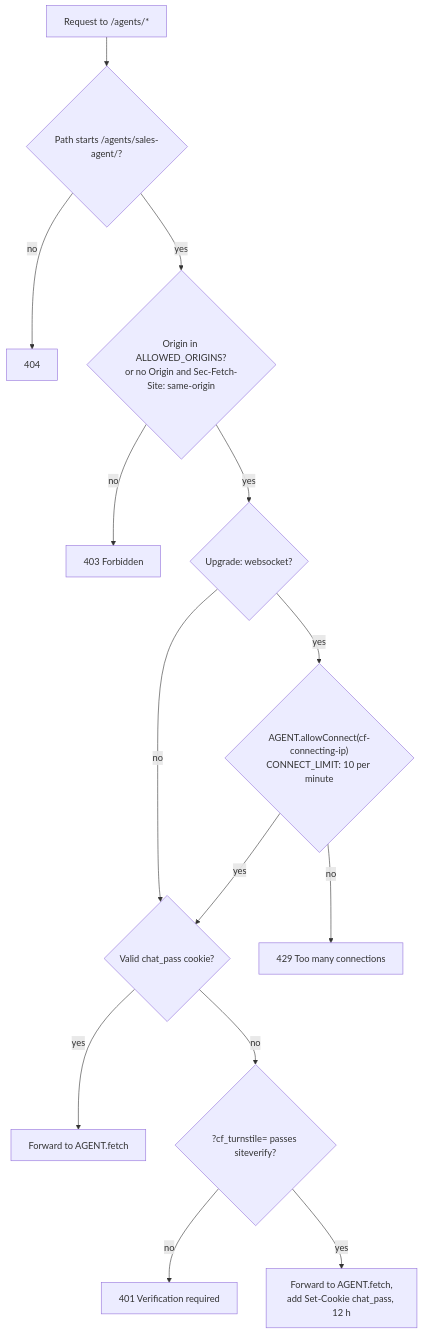
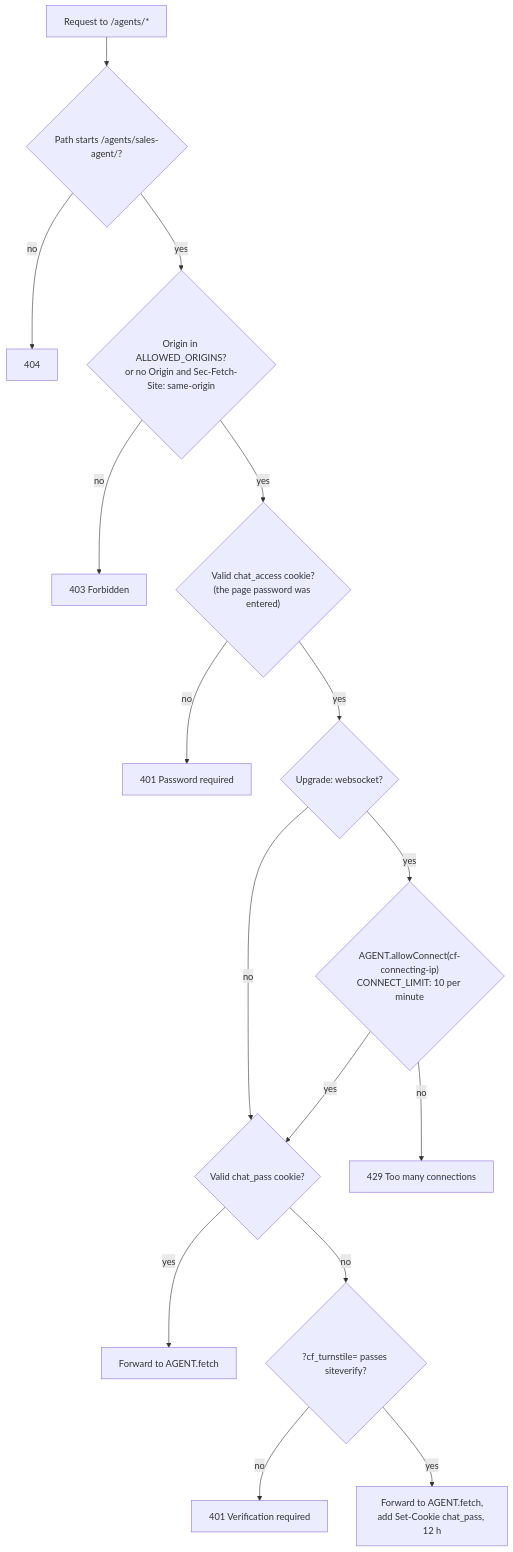
Before and after one commit to randika-srimal/cloudie: the second of 3 diagrams in docs/architecture/overview.md, drawn with Mermaid. The commit also changed other lines of this file and 31 other files, not shown here.

````diff
--- a/docs/architecture/overview.md
+++ b/docs/architecture/overview.md
@@ -34,16 +36,18 @@
 ```mermaid
 flowchart TD
   R[Request to /agents/*] --> P{Path starts /agents/sales-agent/?}
   P -->|no| E404[404]
   P -->|yes| O{Origin in ALLOWED_ORIGINS?<br/>or no Origin and Sec-Fetch-Site: same-origin}
   O -->|no| E403[403 Forbidden]
-  O -->|yes| U{"Upgrade: websocket?"}
+  O -->|yes| A{"Valid chat_access cookie?<br/>(the page password was entered)"}
+  A -->|no| E401P[401 Password required]
+  A -->|yes| U{"Upgrade: websocket?"}
   U -->|no| C{Valid chat_pass cookie?}
   U -->|yes| L{"AGENT.allowConnect(cf-connecting-ip)<br/>CONNECT_LIMIT: 10 per minute"}
   L -->|no| E429[429 Too many connections]
   L -->|yes| C
   C -->|yes| F[Forward to AGENT.fetch]
   C -->|no| V{"?cf_turnstile= passes siteverify?"}
   V -->|no| E401[401 Verification required]
   V -->|yes| FC[Forward to AGENT.fetch,<br/>add Set-Cookie chat_pass, 12 h]
 ```
````
